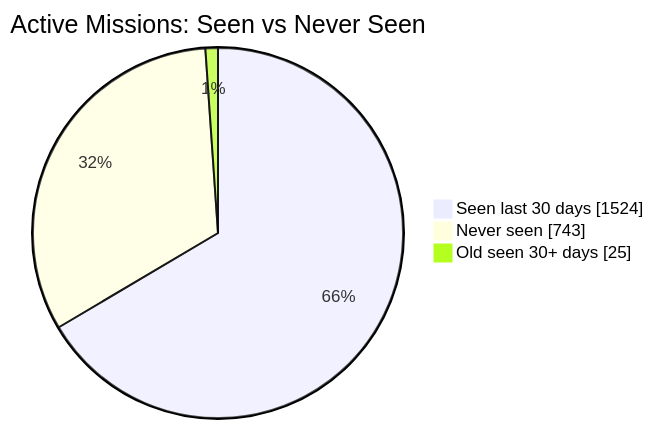
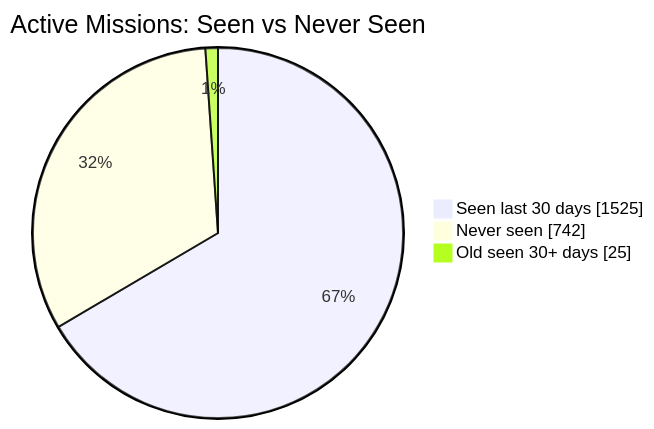
One commit to MeldkamerspelGameTeam/active-missions changed the first of 2 diagrams in README.md. Above: the diagram before and after it, drawn with Mermaid. The commit also changed other lines of this file and 2 other files, not shown here.

````diff
--- a/README.md
+++ b/README.md
@@ -34,7 +34,7 @@
 ```mermaid
 pie showData
     title Active Missions: Seen vs Never Seen
-    "Seen last 30 days" : 1524
-    "Never seen" : 743
+    "Seen last 30 days" : 1525
+    "Never seen" : 742
     "Old seen 30+ days" : 25
 ```
````
